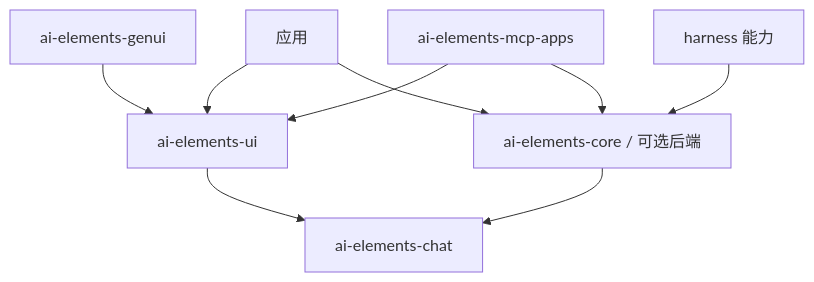
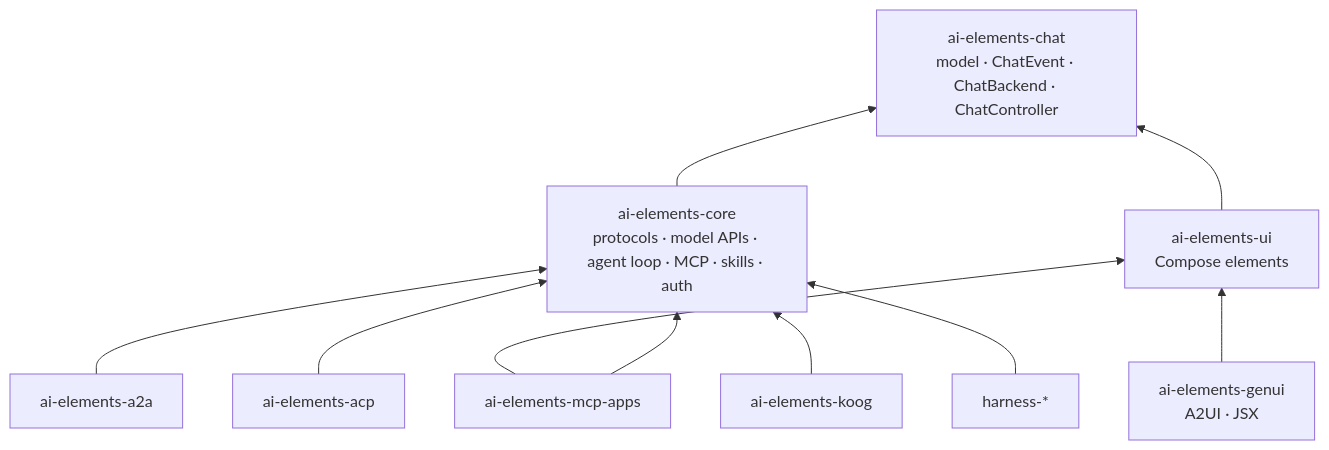
One commit to JuneLeGency/ai-elements-kotlin changed the first of 2 diagrams in docs/zh/concepts/architecture.md. Above: the diagram before and after it, drawn with Mermaid. The commit also changed other lines of this file and 123 other files, not shown here.

````diff
--- a/docs/zh/concepts/architecture.md
+++ b/docs/zh/concepts/architecture.md
@@ -3,11 +5,13 @@
 ```mermaid
-flowchart TD
-    App[应用] --> UI[ai-elements-ui]
-    App --> Core[ai-elements-core / 可选后端]
-    UI --> Chat[ai-elements-chat]
-    Core --> Chat
-    Harness[harness 能力] --> Core
-    GenUI[ai-elements-genui] --> UI
-    McpApps[ai-elements-mcp-apps] --> UI
-    McpApps --> Core
+flowchart BT
+    chat["ai-elements-chat<br/>model · ChatEvent · ChatBackend · ChatController"]
+    core["ai-elements-core<br/>protocols · model APIs · agent loop · MCP · skills · auth"] --> chat
+    ui["ai-elements-ui<br/>Compose elements"] --> chat
+    genui["ai-elements-genui<br/>A2UI · JSX"] --> ui
+    apps["ai-elements-mcp-apps"] --> ui
+    apps --> core
+    a2a["ai-elements-a2a"] --> core
+    acp["ai-elements-acp"] --> core
+    koog["ai-elements-koog"] --> core
+    harness["harness-*"] --> core
 ```
````
